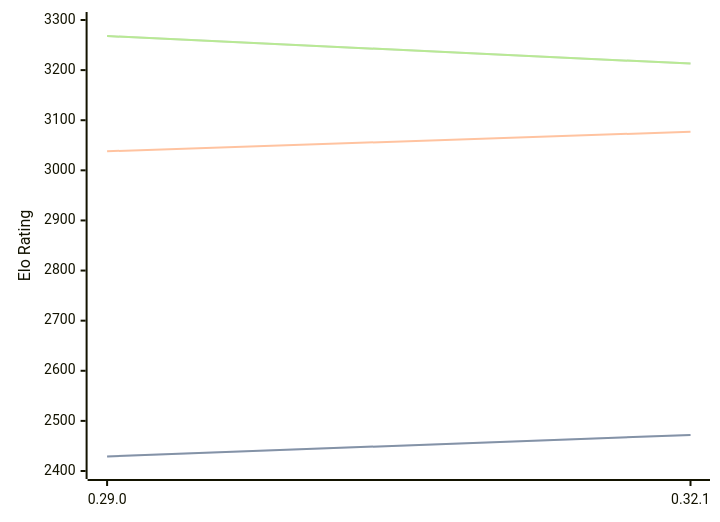
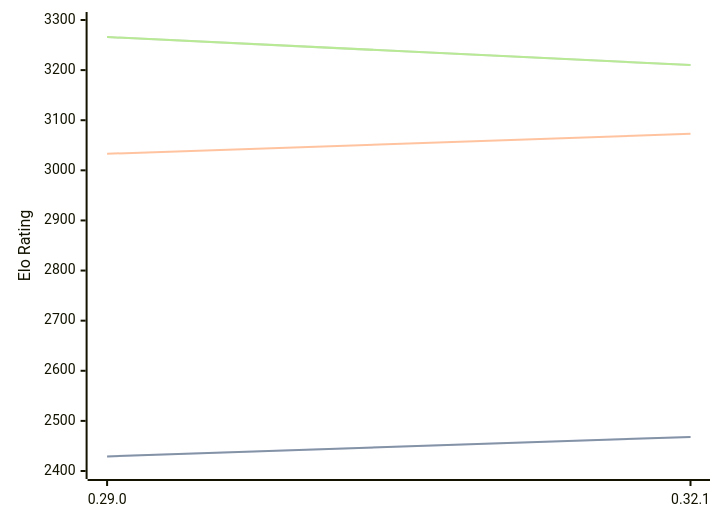
The diagram in engines/Lc0.md (computer-chess-index/cci), drawn with Mermaid before and after one commit. The commit also changed other lines of this file, not shown here.

Commit message:
Update CCI Ratings (ELO VLTC) - 2026-03-10

````diff
--- a/engines/Lc0.md
+++ b/engines/Lc0.md
@@ -66,11 +66,11 @@
 ```mermaid
 %%{init: {"theme":"base","themeVariables":{"seriesColors:['#a3a3a3','#222221','#faa371']}}}%%
 xychart-beta
   x-axis ["0.29.0", "0.32.1"]
   y-axis "Elo Rating" 2400 --> 3300
-  line "STC (8.0+0.08s)" [2429, 2472]
-  line "STC (8.0+0.08s)" [2429, 2472]
-  line "LTC (60.0+0.60s)" [3038, 3077]
-  line "VLTC (2m24s+1.12s)" [3268, 3213]
-  line "VLTC (2m24s+1.12s)" [3268, 3213]
+  line "STC (8.0+0.08s)" [2429, 2468]
+  line "STC (8.0+0.08s)" [2429, 2468]
+  line "LTC (60.0+0.60s)" [3033, 3073]
+  line "VLTC (2m24s+1.12s)" [3266, 3210]
+  line "VLTC (2m24s+1.12s)" [3266, 3210]
 ```
````
